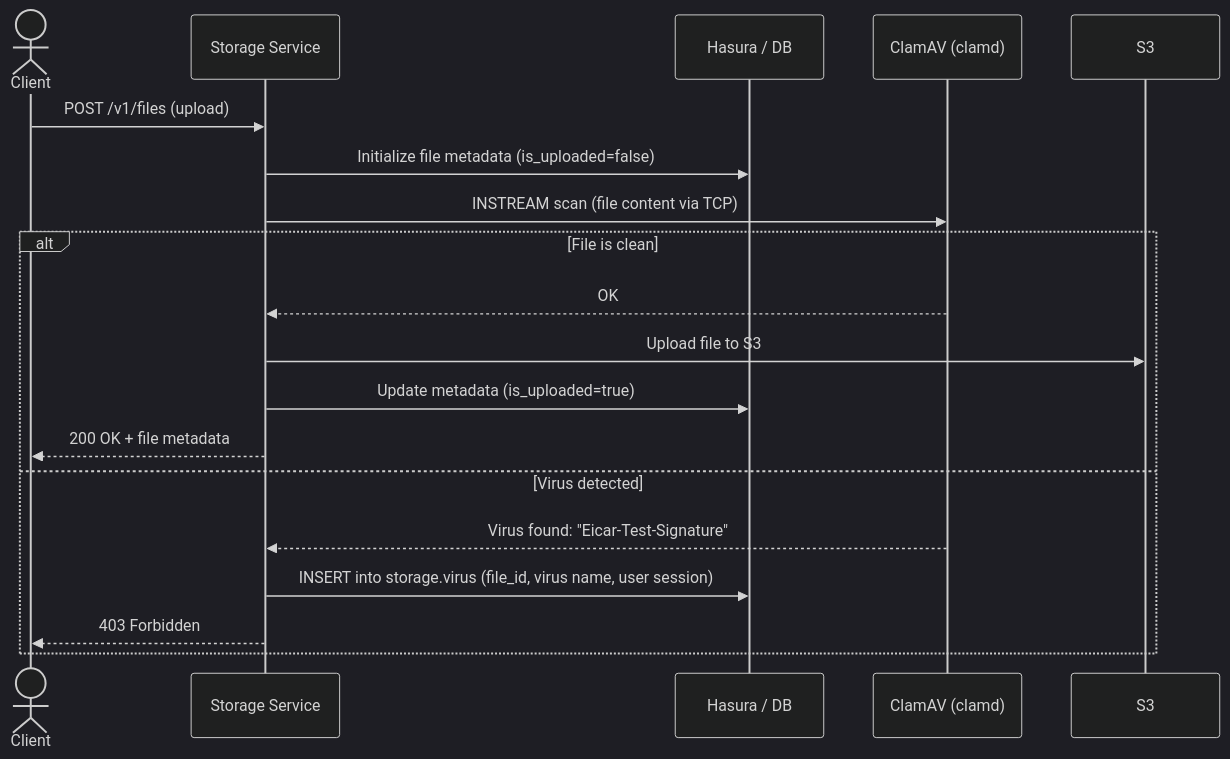
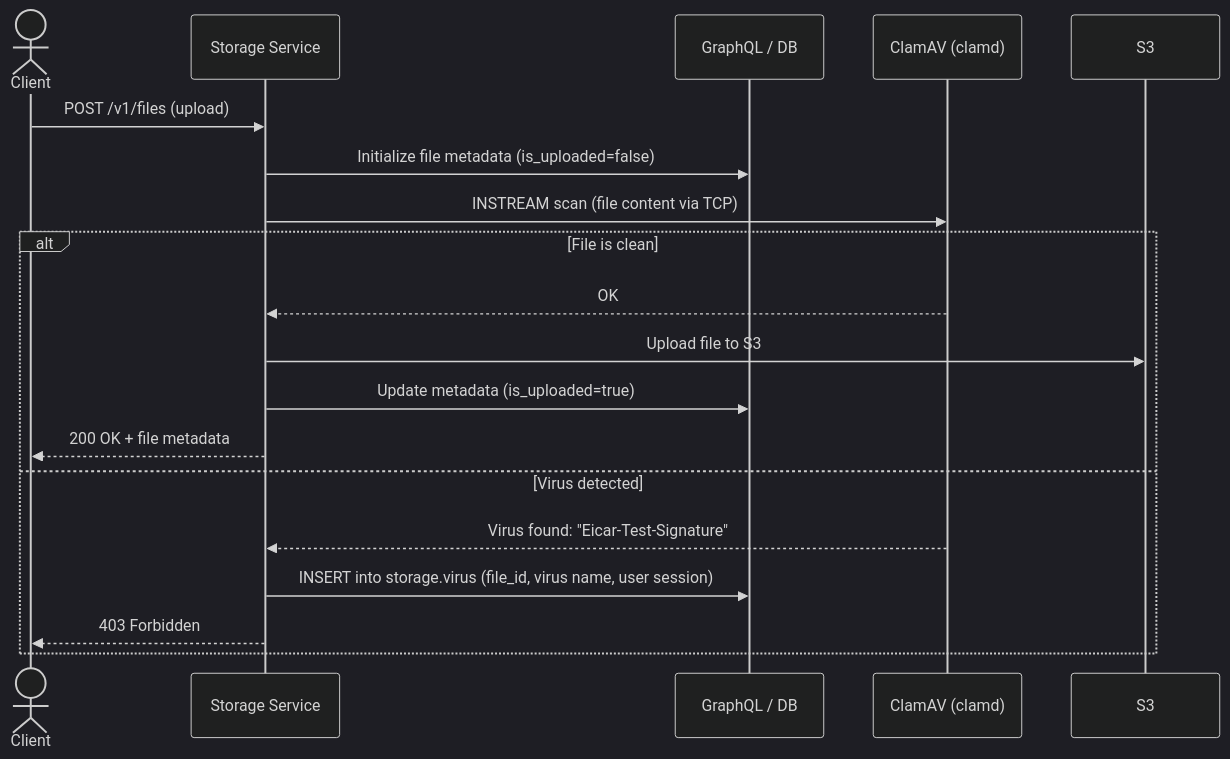
Before and after one commit to nhost/nhost: the diagram in docs/src/content/docs/products/storage/antivirus.mdx, drawn with Mermaid (dark theme). The commit also changed other lines of this file and 18 other files, not shown here.

````diff
--- a/docs/src/content/docs/products/storage/antivirus.mdx
+++ b/docs/src/content/docs/products/storage/antivirus.mdx
@@ -16,23 +16,23 @@
 ```mermaid
 sequenceDiagram
   actor C as Client
   participant S as Storage Service
-  participant H as Hasura / DB
+  participant H as GraphQL / DB
   participant AV as ClamAV (clamd)
   participant O as S3
 
   C->>S: POST /v1/files (upload)
   S->>H: Initialize file metadata (is_uploaded=false)
   S->>AV: INSTREAM scan (file content via TCP)
 
   alt File is clean
     AV-->>S: OK
     S->>O: Upload file to S3
     S->>H: Update metadata (is_uploaded=true)
     S-->>C: 200 OK + file metadata
   else Virus detected
     AV-->>S: Virus found: "Eicar-Test-Signature"
     S->>H: INSERT into storage.virus (file_id, virus name, user session)
     S-->>C: 403 Forbidden
   end
 ```
````
